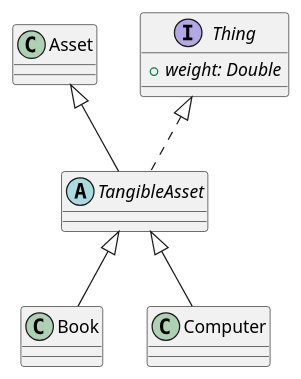
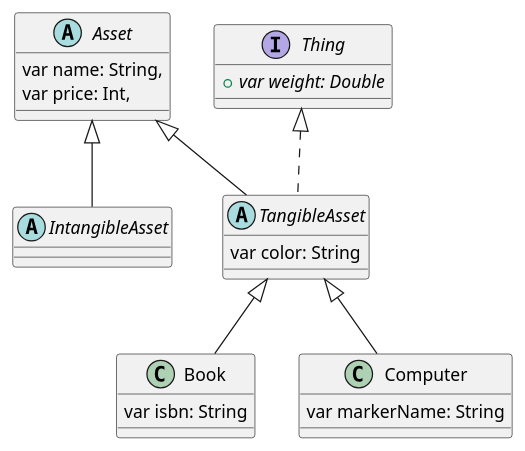
Before and after one commit to rami2ee3/winter_kotlin_study: the diagram in src/main/kotlin/day07/AssetUml.puml, drawn with PlantUML. The commit also changed 7 other files, not shown here.

```diff
--- a/src/main/kotlin/day07/AssetUml.puml
+++ b/src/main/kotlin/day07/AssetUml.puml
@@ -1,19 +1,30 @@
 @startuml
 'https://plantuml.com/class-diagram
 
-abstract class TangibleAsset extends Asset implements Thing {
-
+abstract class Asset {
+    var name: String,
+    var price: Int,
 }
 
-class Book extends TangibleAsset
+abstract class IntangibleAsset extends Asset {}
 
-class Computer extends TangibleAsset
+abstract class TangibleAsset extends Asset implements Thing {
+    var color: String
+}
+
+class Book extends TangibleAsset {
+    var isbn: String
+}
+
+class Computer extends TangibleAsset {
+    var markerName: String
+}
 
 interface Thing {
-    '인터페이스는 필드를 갖지 않음
+    '인터페이스는 필드를 갖지 않음 / 생김새가 그럴뿐 getter, setter가 함축됨
     'double getWeight();
     'void setWeight(double weight);
-    {abstract} + weight: Double
+    {abstract} + var weight: Double
 }
 
 @enduml
```
